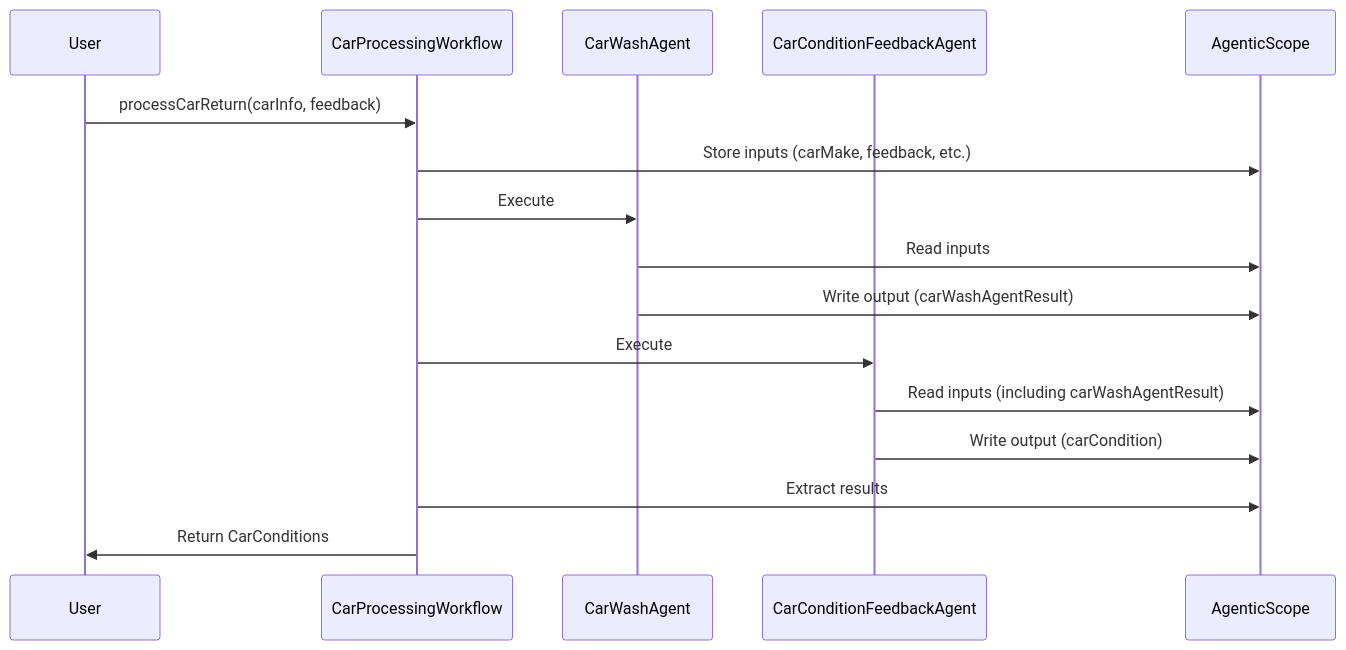
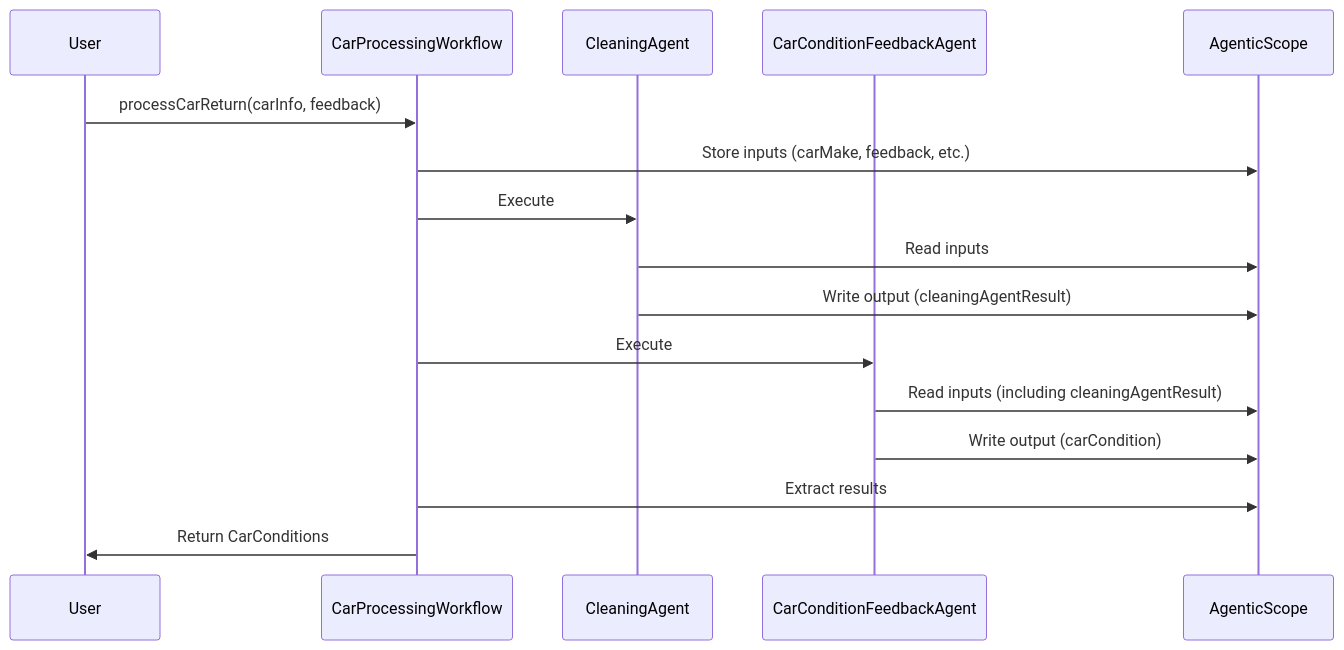
One commit to quarkusio/quarkus-workshop-langchain4j changed the first of 2 diagrams in docs/docs/section-2/step-02.md. Above: the diagram before and after it, drawn with Mermaid. The commit also changed other lines of this file and 13 other files, not shown here.

````diff
--- a/docs/docs/section-2/step-02.md
+++ b/docs/docs/section-2/step-02.md
@@ -78,19 +79,19 @@
 ```mermaid
 sequenceDiagram
     participant User
     participant Workflow as CarProcessingWorkflow
-    participant Agent1 as CarWashAgent
+    participant Agent1 as CleaningAgent
     participant Agent2 as CarConditionFeedbackAgent
     participant Scope as AgenticScope
 
     User->>Workflow: processCarReturn(carInfo, feedback)
     Workflow->>Scope: Store inputs (carMake, feedback, etc.)
     Workflow->>Agent1: Execute
     Agent1->>Scope: Read inputs
-    Agent1->>Scope: Write output (carWashAgentResult)
+    Agent1->>Scope: Write output (cleaningAgentResult)
     Workflow->>Agent2: Execute
-    Agent2->>Scope: Read inputs (including carWashAgentResult)
+    Agent2->>Scope: Read inputs (including cleaningAgentResult)
     Agent2->>Scope: Write output (carCondition)
     Workflow->>Scope: Extract results
     Workflow->>User: Return CarConditions
 ```
````
